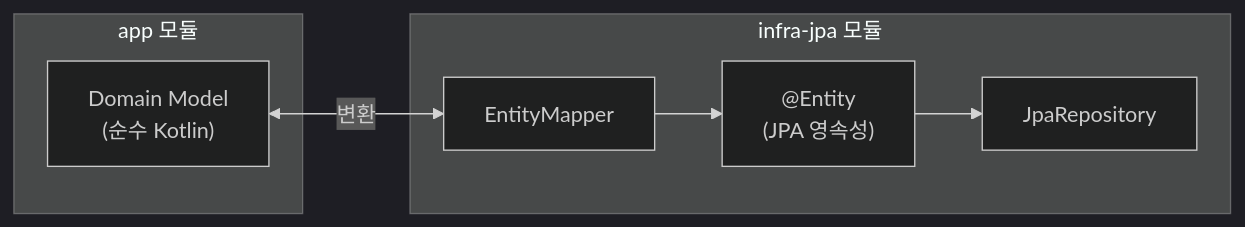
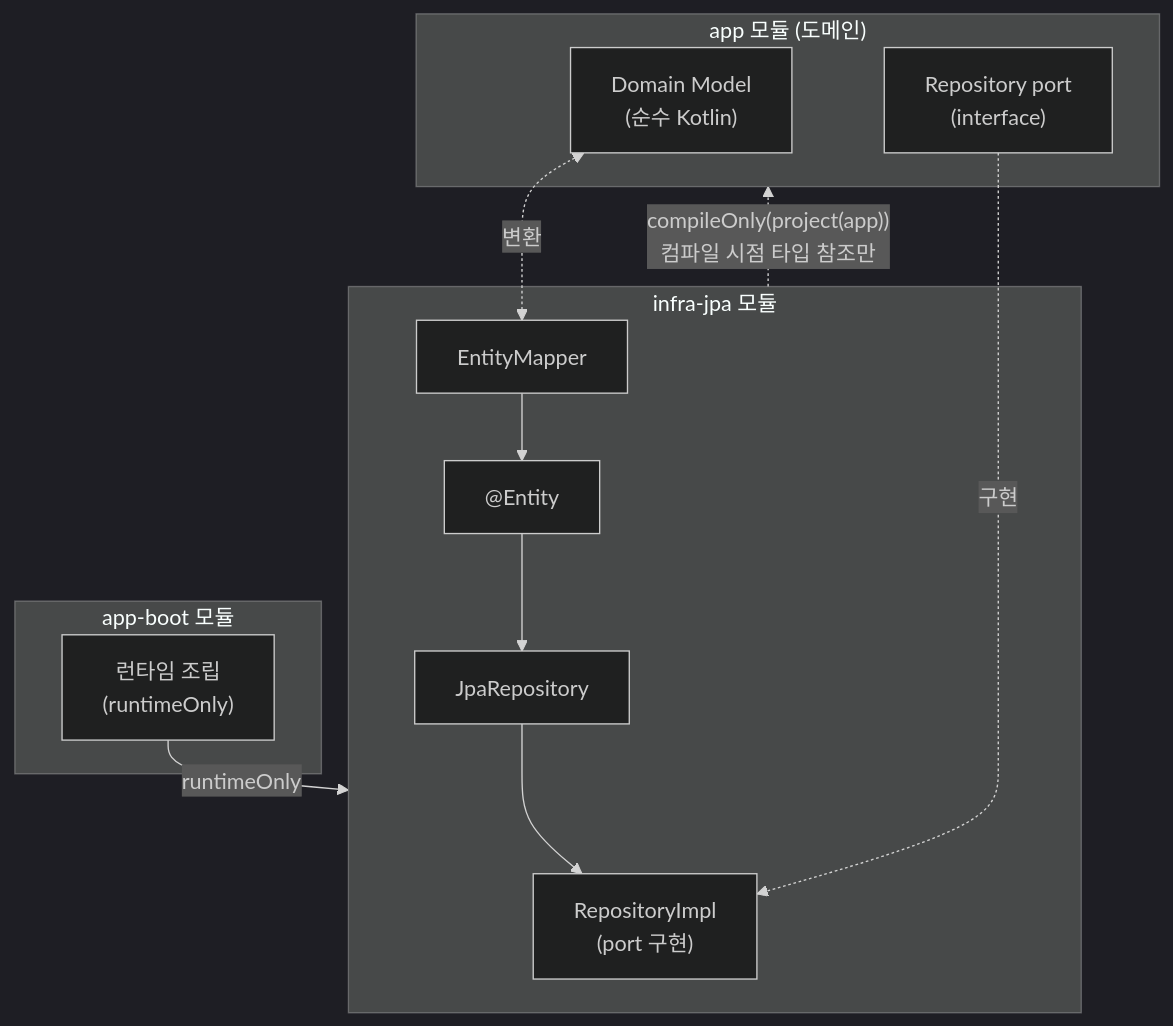
One commit to e-build/my-agent-prompt changed the sixth of 6 diagrams in resources/skills/dev/me-refactor-layered-arch/refs/application-architecture.md. Above: the diagram before and after it, drawn with Mermaid (dark theme). The commit also changed other lines of this file and 2 other files, not shown here.

````diff
--- a/resources/skills/dev/me-refactor-layered-arch/refs/application-architecture.md
+++ b/resources/skills/dev/me-refactor-layered-arch/refs/application-architecture.md
@@ -445,16 +447,25 @@
 ```mermaid
-flowchart LR
-    subgraph app["app 모듈"]
+flowchart TB
+    subgraph app["app 모듈 (도메인)"]
         DomainModel["Domain Model<br/>(순수 Kotlin)"]
+        Port["Repository port<br/>(interface)"]
     end
-    
+
     subgraph infra-jpa["infra-jpa 모듈"]
-        Entity["@Entity<br/>(JPA 영속성)"]
+        Adapter["RepositoryImpl<br/>(port 구현)"]
+        Entity["@Entity"]
         Mapper["EntityMapper"]
-        Repository["JpaRepository"]
+        JpaRepo["JpaRepository"]
     end
-    
-    DomainModel <-->|변환| Mapper
+
+    subgraph boot["app-boot 모듈"]
+        Assemble["런타임 조립<br/>(runtimeOnly)"]
+    end
+
+    Port -.->|구현| Adapter
+    DomainModel <-.->|변환| Mapper
     Mapper --> Entity
-    Entity --> Repository
+    Entity --> JpaRepo --> Adapter
+    infra-jpa -.->|"compileOnly(project(app))<br/>컴파일 시점 타입 참조만"| app
+    Assemble -->|runtimeOnly| infra-jpa
 ```
````
